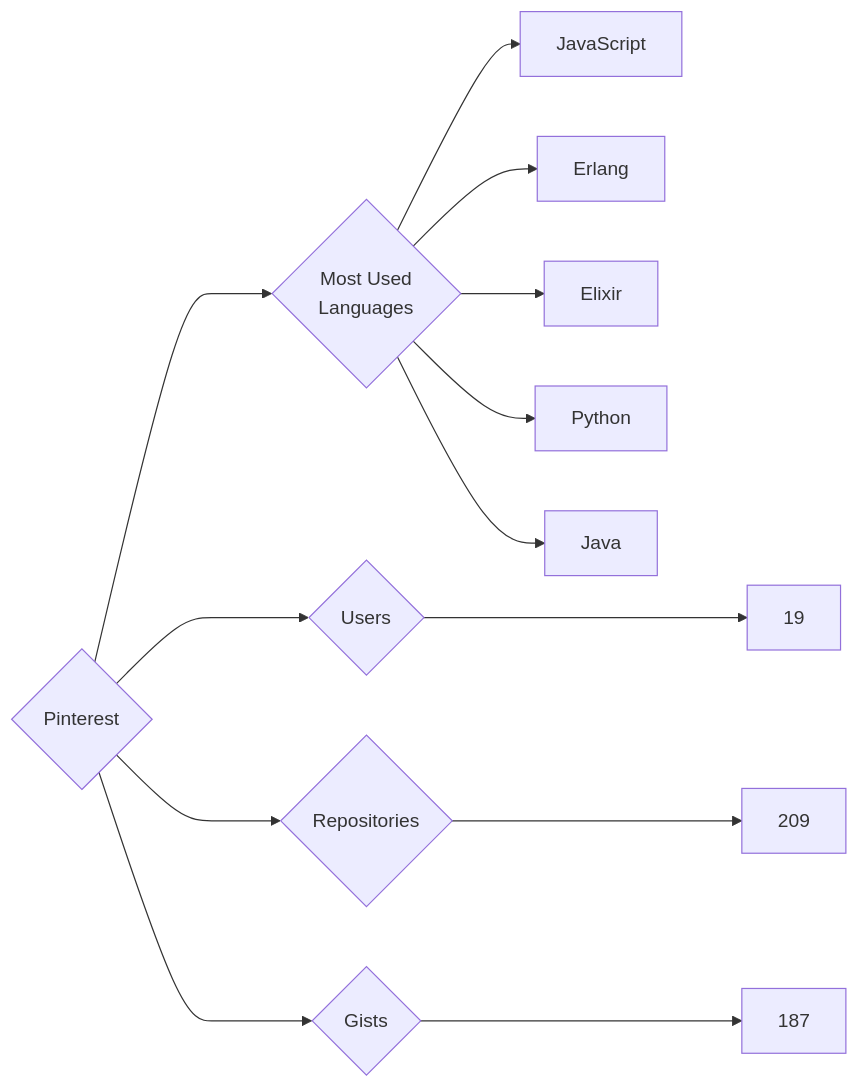
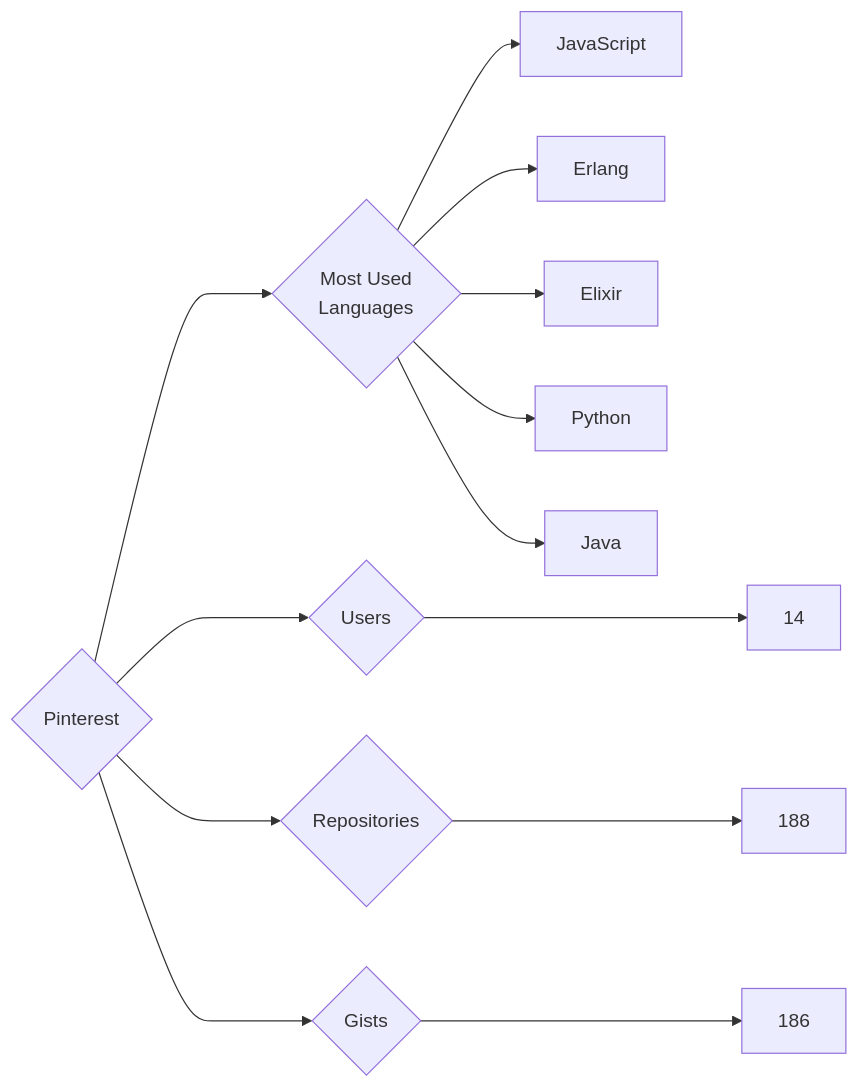
Before and after one commit to trickest/insiders: the diagram in targets/Pinterest/README.md, drawn with Mermaid. The commit also changed 773 other files, not shown here.

````diff
--- a/targets/Pinterest/README.md
+++ b/targets/Pinterest/README.md
@@ -3,13 +3,13 @@
 ```mermaid
 graph LR
 COMPANY_NAME{Pinterest}
-COMPANY_NAME ---> U{Users} ---> UN[19]
-COMPANY_NAME ---> R{Repositories} ---> RN[209]
-COMPANY_NAME ---> G{Gists} ---> GN[187]
+COMPANY_NAME ---> U{Users} ---> UN[14]
+COMPANY_NAME ---> R{Repositories} ---> RN[188]
+COMPANY_NAME ---> G{Gists} ---> GN[186]
 COMPANY_NAME ---> ML{Most Used<br>Languages}
 ML --> JavaScript[JavaScript]
 ML --> Erlang[Erlang]
 ML --> Elixir[Elixir]
 ML --> Python[Python]
 ML --> Java[Java]
 ```
````
